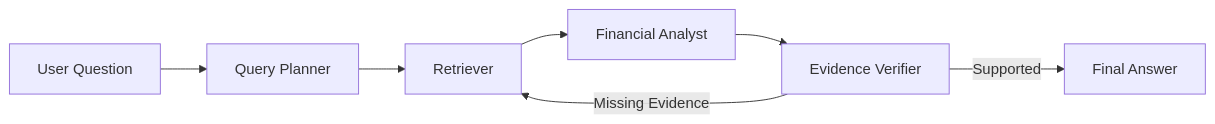
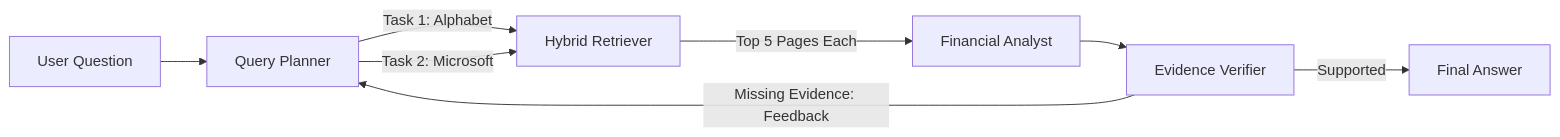
One commit to lmg136-ua/finsight changed the diagram in README.md. Above: the diagram before and after it, drawn with Mermaid. The commit also changed other lines of this file and 12 other files, not shown here.

````diff
--- a/README.md
+++ b/README.md
@@ -18,9 +21,10 @@
 ```mermaid
 flowchart LR
     A[User Question] --> B[Query Planner]
-    B --> C[Retriever]
-    C --> D[Financial Analyst]
+    B -->|Task 1: Alphabet| C[Hybrid Retriever]
+    B -->|Task 2: Microsoft| C
+    C -->|Top 5 Pages Each| D[Financial Analyst]
     D --> E[Evidence Verifier]
     E -->|Supported| F[Final Answer]
-    E -->|Missing Evidence| C
+    E -->|Missing Evidence: Feedback| B
 ```
````
